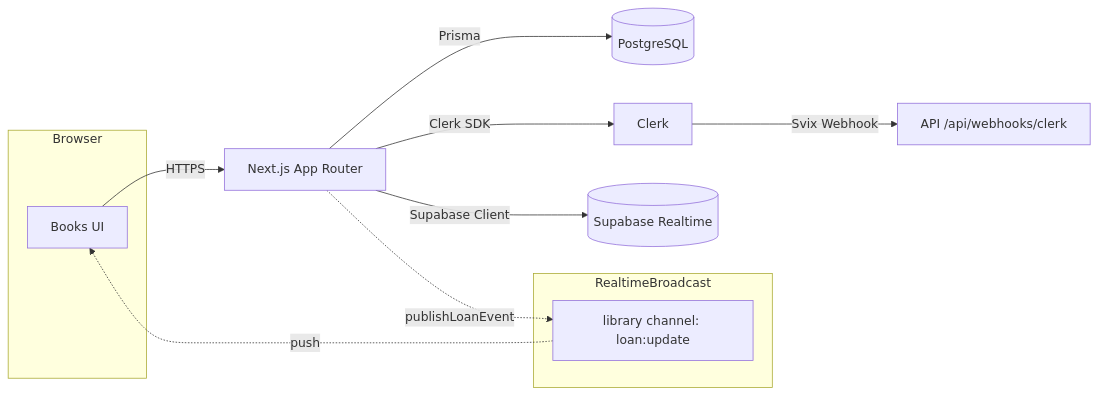
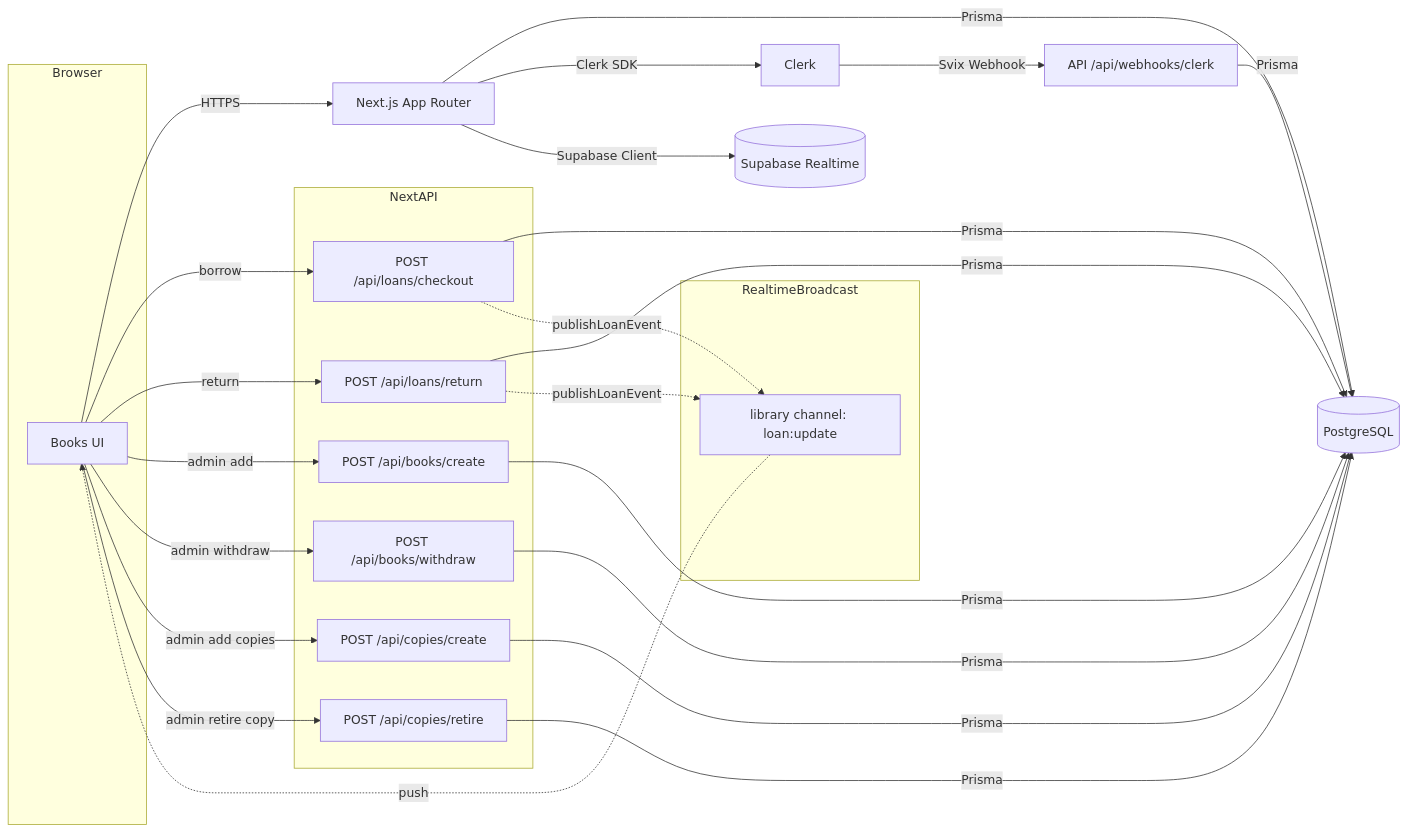
Before and after one commit to usxc/nextjs15-classroom-library-app: the first of 2 diagrams in README.md, drawn with Mermaid.

````diff
--- a/README.md
+++ b/README.md
@@ -140,19 +140,49 @@
 ```mermaid
 flowchart LR
   subgraph Browser
     UI[Books UI]
   end
 
   UI -->|HTTPS| NEXT[Next.js App Router]
   NEXT -->|Prisma| DB[(PostgreSQL)]
   NEXT -->|Clerk SDK| CLERK[Clerk]
   CLERK -->|Svix Webhook| WEBHOOK[API /api/webhooks/clerk]
   NEXT -->|Supabase Client| RT[(Supabase Realtime)]
 
+  %% 主要API/Actions
+  subgraph NextAPI
+    LOAN_CHECKOUT[POST /api/loans/checkout]
+    LOAN_RETURN[POST /api/loans/return]
+    BOOK_CREATE[POST /api/books/create]
+    BOOK_WITHDRAW[POST /api/books/withdraw]
+    COPY_CREATE[POST /api/copies/create]
+    COPY_RETIRE[POST /api/copies/retire]
+  end
+
+  %% Realtime（Broadcast）
   subgraph RealtimeBroadcast
     BR[library channel: loan:update]
   end
 
-  NEXT -. publishLoanEvent .-> BR
+  %% Browser → Next の操作
+  UI -->|borrow| LOAN_CHECKOUT
+  UI -->|return| LOAN_RETURN
+  UI -->|admin add| BOOK_CREATE
+  UI -->|admin withdraw| BOOK_WITHDRAW
+  UI -->|admin add copies| COPY_CREATE
+  UI -->|admin retire copy| COPY_RETIRE
+
+  %% DB 書き込み
+  LOAN_CHECKOUT -->|Prisma| DB
+  LOAN_RETURN -->|Prisma| DB
+  BOOK_CREATE -->|Prisma| DB
+  BOOK_WITHDRAW -->|Prisma| DB
+  COPY_CREATE -->|Prisma| DB
+  COPY_RETIRE -->|Prisma| DB
+  WEBHOOK -->|Prisma| DB
+
+  %% Realtime: サーバ→チャンネル→UI
+  LOAN_CHECKOUT -. publishLoanEvent .-> BR
+  LOAN_RETURN -. publishLoanEvent .-> BR
   BR -. push .-> UI
 ```
````
